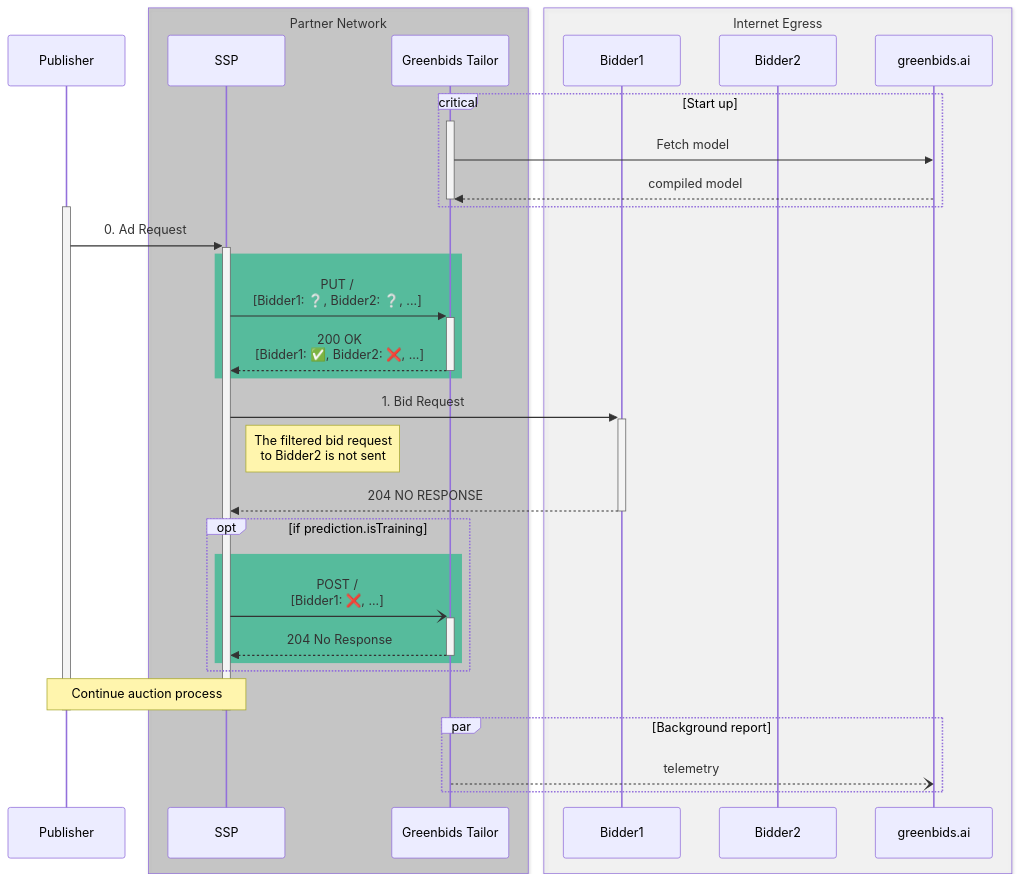
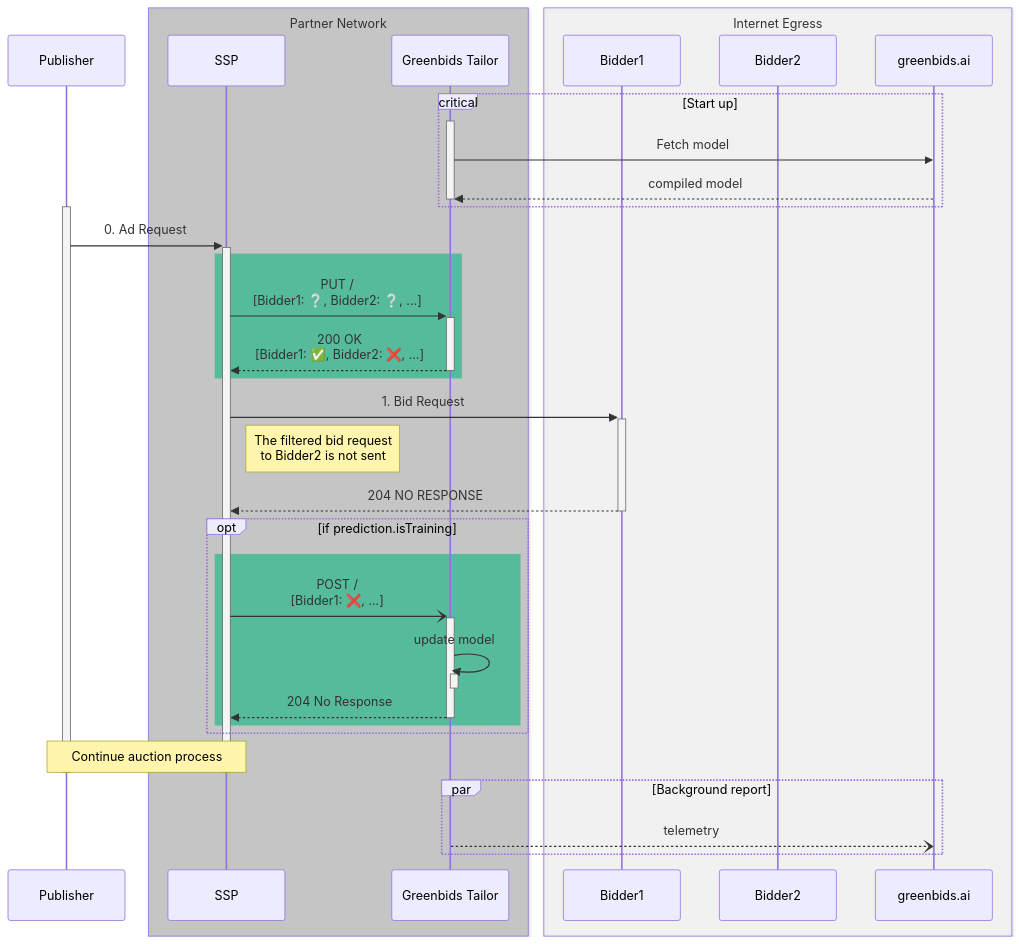
The diagram in README.md (greenbids/greenbids-tailor-external), drawn with Mermaid before and after one commit.

Commit message:
docs(readme): explicitly mark model update

````diff
--- a/README.md
+++ b/README.md
@@ -77,47 +77,49 @@
 ```mermaid
 sequenceDiagram
     participant Publisher
     box rgba(128, 128, 128, 0.33) Partner Network
         participant SSP
         participant GB as Greenbids Tailor
     end
     box rgba(255, 255, 255, 0.3) Internet Egress
         participant Bidder1
         participant Bidder2
         participant greenbids.ai
     end
 
     critical Start up
         activate GB
         GB ->> greenbids.ai: Fetch model
         greenbids.ai -->> GB: compiled model
         deactivate GB
     end
 
     activate Publisher
     Publisher ->>+ SSP: 0. Ad Request
 
     rect rgba(30, 183, 136, 0.66)
     SSP ->>+ GB: PUT /<br/>[Bidder1: ❔, Bidder2: ❔, ...]
     GB -->>- SSP: 200 OK<br/>[Bidder1: ✅, Bidder2: ❌, ...]
     end
 
 
     SSP ->>+ Bidder1 : 1. Bid Request
     note right of SSP: The filtered bid request<br/>to Bidder2 is not sent
     Bidder1 -->>- SSP: 204 NO RESPONSE
 
     opt if prediction.isTraining
         rect rgba(30, 183, 136, 0.66)
             SSP -)+ GB: POST /<br/>[Bidder1: ❌, ...]
+            GB ->>+ GB: update model
+            deactivate GB
             GB -->>- SSP: 204 No Response
         end
     end
 
     note over Publisher,SSP: Continue auction process
     deactivate SSP
     deactivate Publisher
     par Background report
         GB --) greenbids.ai: telemetry
     end
 ```
````
